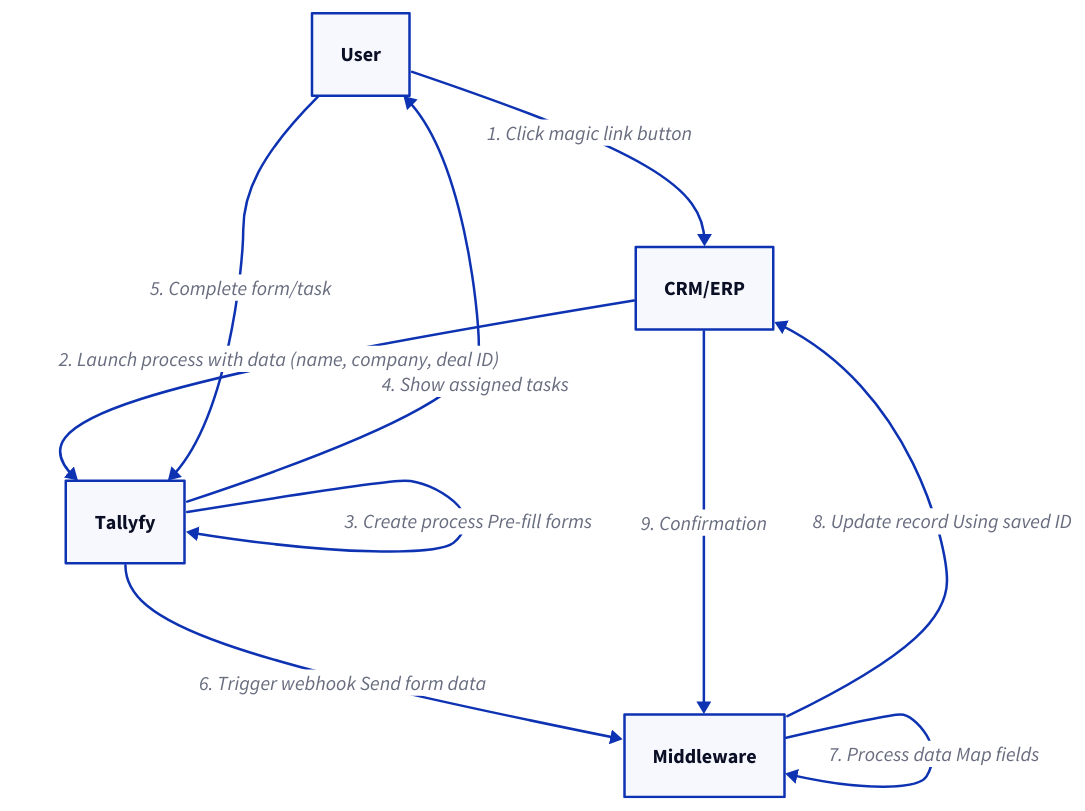
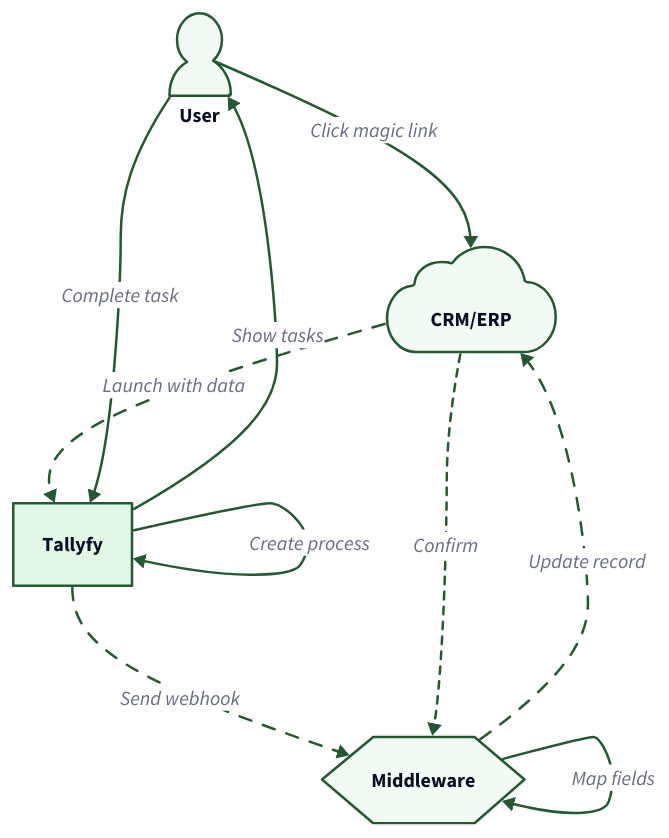
Before and after one commit to tallyfy/documentation: the diagram in src/content/docs/pro/integrations/middleware/integrate-into-crm.mdx, drawn with D2. The commit also changed other lines of this file and 605 other files, not shown here.

````diff
--- a/src/content/docs/pro/integrations/middleware/integrate-into-crm.mdx
+++ b/src/content/docs/pro/integrations/middleware/integrate-into-crm.mdx
@@ -158,20 +159,65 @@
 ```d2
-U: User
-CRM: CRM/ERP
-MW: Middleware
-T: Tallyfy
+direction: down
 
-# CRM to Tallyfy Flow (Magic Link)
-U -> CRM: 1. Click magic link button
-CRM -> T: 2. Launch process with data (name, company, deal ID)
-T -> T: 3. Create process Pre-fill forms
-T -> U: 4. Show assigned tasks
+# People
+User: User {
+  shape: person
+  style.fill: "#f2faf4"
+  style.stroke: "#225930"
+}
 
-# Tallyfy to CRM Flow (Webhook)
-U -> T: 5. Complete form/task
-T -> MW: 6. Trigger webhook Send form data
-MW -> MW: 7. Process data Map fields
-MW -> CRM: 8. Update record Using saved ID
-CRM -> MW: 9. Confirmation
-# Bidirectional Integration Complete
+# Systems
+CRM: CRM/ERP {
+  shape: cloud
+  style.fill: "#f2faf4"
+  style.stroke: "#225930"
+}
+
+Middleware: Middleware {
+  shape: hexagon
+  style.fill: "#f2faf4"
+  style.stroke: "#225930"
+}
+
+Tallyfy: Tallyfy {
+  shape: rectangle
+  style.fill: "#e1f7e6"
+  style.stroke: "#225930"
+  style.stroke-width: 2
+}
+
+# CRM to Tallyfy Flow
+User -> CRM: Click magic link {
+  style.stroke: "#225930"
+}
+CRM -> Tallyfy: Launch with data {
+  style.stroke: "#225930"
+  style.animated: true
+}
+Tallyfy -> Tallyfy: Create process {
+  style.stroke: "#225930"
+}
+Tallyfy -> User: Show tasks {
+  style.stroke: "#225930"
+}
+
+# Tallyfy to CRM Flow
+User -> Tallyfy: Complete task {
+  style.stroke: "#225930"
+}
+Tallyfy -> Middleware: Send webhook {
+  style.stroke: "#225930"
+  style.animated: true
+}
+Middleware -> Middleware: Map fields {
+  style.stroke: "#225930"
+}
+Middleware -> CRM: Update record {
+  style.stroke: "#225930"
+  style.animated: true
+}
+CRM -> Middleware: Confirm {
+  style.stroke: "#225930"
+  style.stroke-dash: 3
+}
 ```
````
